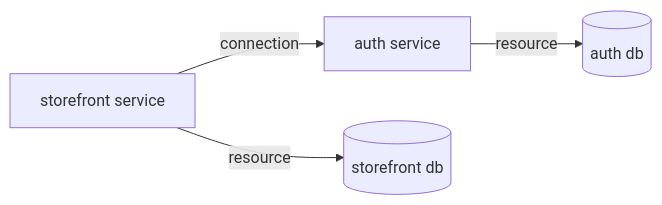
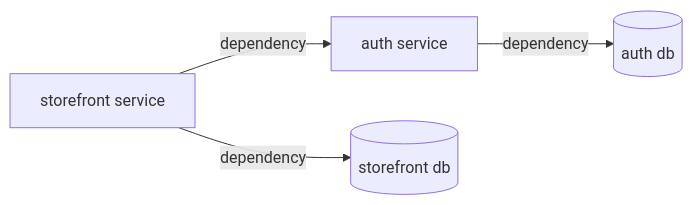
One commit to prisma/app changed the first of 2 diagrams in docs/design/05-prisma-cloud/alchemy-lowering.md. Above: the diagram before and after it, drawn with Mermaid. The commit also changed 7 other files, not shown here.

````diff
--- a/docs/design/05-prisma-cloud/alchemy-lowering.md
+++ b/docs/design/05-prisma-cloud/alchemy-lowering.md
@@ -82,6 +82,6 @@
 ```mermaid
 flowchart LR
-  SF[storefront service] -- connection --> AU[auth service]
-  SF -- resource --> SDB[(storefront db)]
-  AU -- resource --> ADB[(auth db)]
+  SF[storefront service] -- dependency --> AU[auth service]
+  SF -- dependency --> SDB[(storefront db)]
+  AU -- dependency --> ADB[(auth db)]
 ```
````
